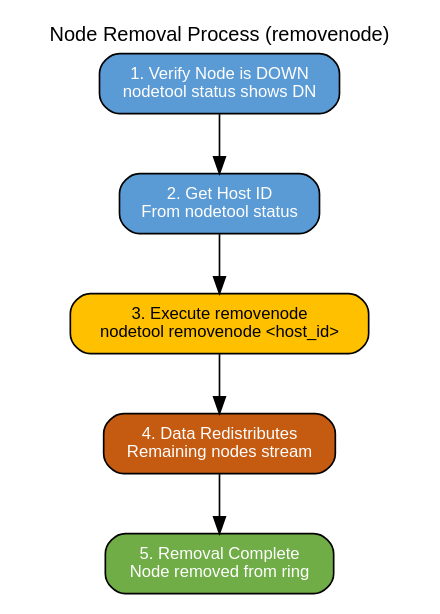
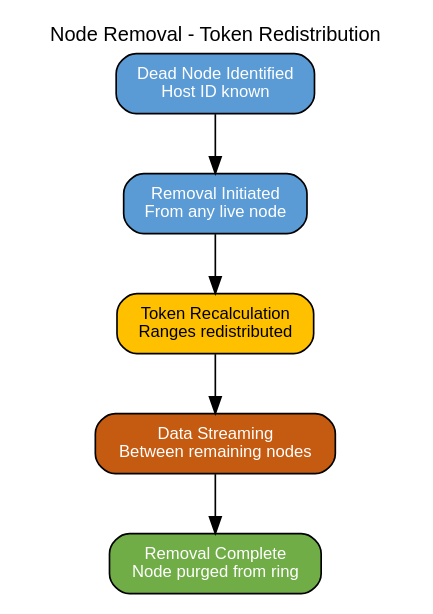
One commit to axonops/documentation changed the fifth of 6 diagrams in docs/cassandra/architecture/cluster-management/node-replacement.md. Above: the diagram before and after it, drawn with Graphviz. The commit also changed other lines of this file and 67 other files, not shown here.

````diff
--- a/docs/cassandra/architecture/cluster-management/node-replacement.md
+++ b/docs/cassandra/architecture/cluster-management/node-replacement.md
@@ -264,22 +265,22 @@
 ```graphviz dot removal-process.svg
 digraph RemovalProcess {
     fontname="Helvetica";
     node [fontname="Helvetica", fontsize=10];
     edge [fontname="Helvetica", fontsize=9];
     rankdir=TB;
 
-    label="Node Removal Process (removenode)";
+    label="Node Removal - Token Redistribution";
     labelloc="t";
     fontsize=12;
 
     node [shape=box, style="rounded,filled"];
 
-    verify [label="1. Verify Node is DOWN\nnodetool status shows DN", fillcolor="#5B9BD5", fontcolor="white"];
-    hostid [label="2. Get Host ID\nFrom nodetool status", fillcolor="#5B9BD5", fontcolor="white"];
-    remove [label="3. Execute removenode\nnodetool removenode <host_id>", fillcolor="#FFC000", fontcolor="black"];
-    redistribute [label="4. Data Redistributes\nRemaining nodes stream", fillcolor="#C55A11", fontcolor="white"];
-    complete [label="5. Removal Complete\nNode removed from ring", fillcolor="#70AD47", fontcolor="white"];
+    dead [label="Dead Node Identified\nHost ID known", fillcolor="#5B9BD5", fontcolor="white"];
+    initiate [label="Removal Initiated\nFrom any live node", fillcolor="#5B9BD5", fontcolor="white"];
+    recalc [label="Token Recalculation\nRanges redistributed", fillcolor="#FFC000", fontcolor="black"];
+    stream [label="Data Streaming\nBetween remaining nodes", fillcolor="#C55A11", fontcolor="white"];
+    complete [label="Removal Complete\nNode purged from ring", fillcolor="#70AD47", fontcolor="white"];
 
-    verify -> hostid -> remove -> redistribute -> complete;
+    dead -> initiate -> recalc -> stream -> complete;
 }
 ```
````
